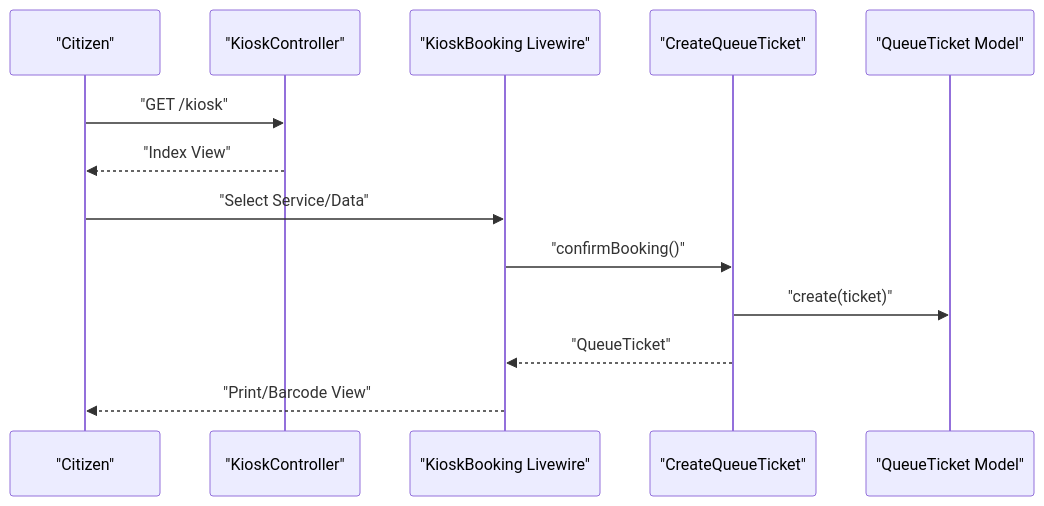
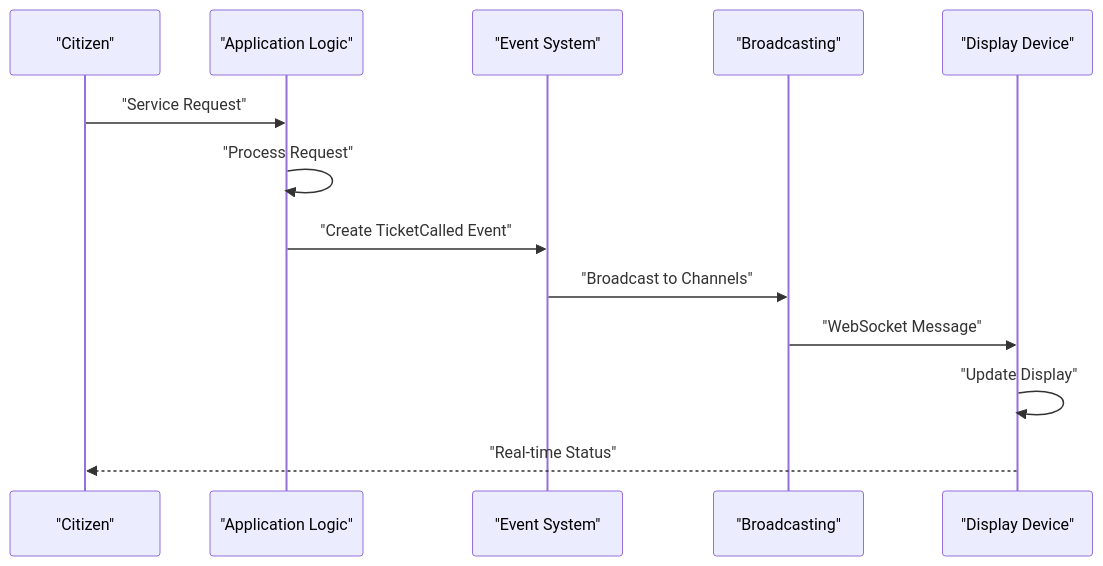
The third of 4 diagrams in .qoder/repowiki/en/content/Project Overview.md (PA-Penajam/antrian-ptsp), drawn with Mermaid before and after one commit. The commit also changed other lines of this file and 89 other files, not shown here.

````diff
--- a/.qoder/repowiki/en/content/Project Overview.md
+++ b/.qoder/repowiki/en/content/Project Overview.md
@@ -214,15 +287,15 @@
 ```mermaid
 sequenceDiagram
-participant U as "Citizen"
-participant KC as "KioskController"
-participant LW as "KioskBooking Livewire"
-participant A as "CreateQueueTicket"
-participant M as "QueueTicket Model"
-U->>KC : "GET /kiosk"
-KC-->>U : "Index View"
-U->>LW : "Select Service/Data"
-LW->>A : "confirmBooking()"
-A->>M : "create(ticket)"
-A-->>LW : "QueueTicket"
-LW-->>U : "Print/Barcode View"
+participant C as "Citizen"
+participant A as "Application Logic"
+participant E as "Event System"
+participant B as "Broadcasting"
+participant D as "Display Device"
+C->>A : "Service Request"
+A->>A : "Process Request"
+A->>E : "Create TicketCalled Event"
+E->>B : "Broadcast to Channels"
+B->>D : "WebSocket Message"
+D->>D : "Update Display"
+D-->>C : "Real-time Status"
 ```
````
